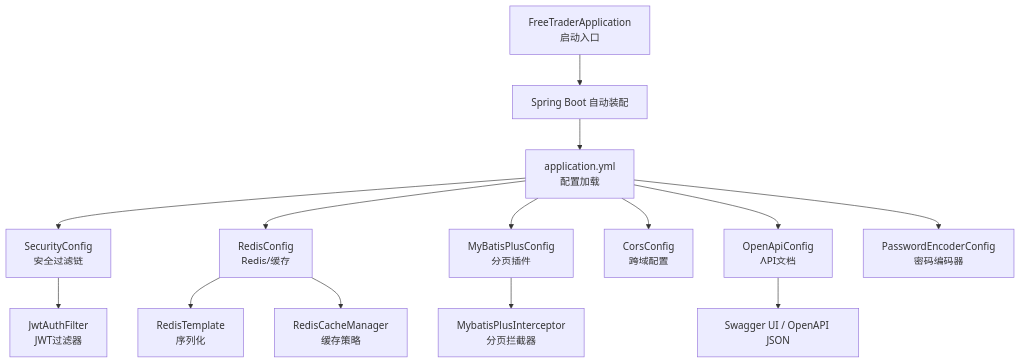
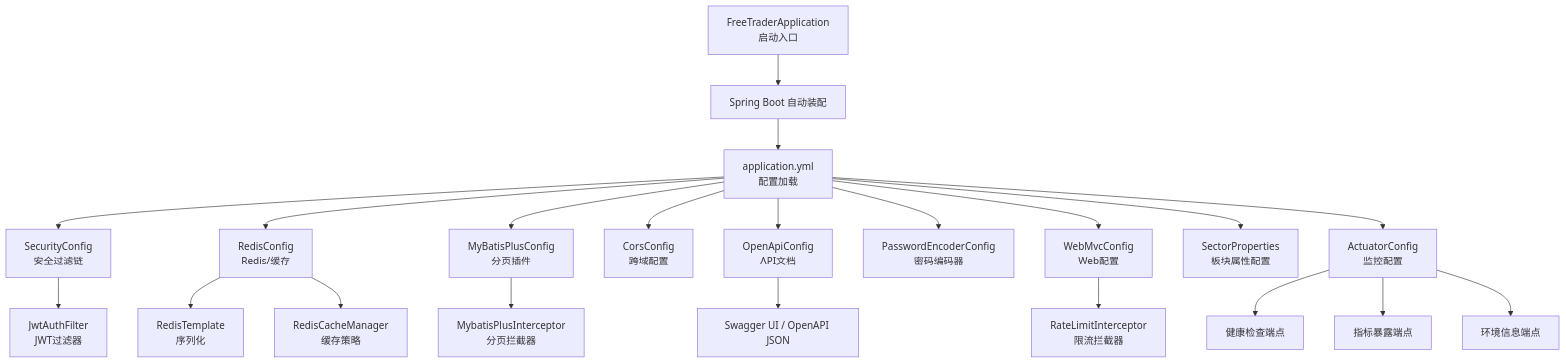
The first of 7 diagrams in .qoder/repowiki/zh/content/后端系统/应用启动与配置.md (PersonNoName/FreeTrader), drawn with Mermaid before and after one commit. The commit also changed other lines of this file and 10 other files, not shown here.

````diff
--- a/.qoder/repowiki/zh/content/后端系统/应用启动与配置.md
+++ b/.qoder/repowiki/zh/content/后端系统/应用启动与配置.md
@@ -47,16 +60,23 @@
 ```mermaid
 graph TB
 A["FreeTraderApplication<br/>启动入口"] --> B["Spring Boot 自动装配"]
 B --> C["application.yml<br/>配置加载"]
 C --> D["SecurityConfig<br/>安全过滤链"]
 C --> E["RedisConfig<br/>Redis/缓存"]
 C --> F["MyBatisPlusConfig<br/>分页插件"]
 C --> G["CorsConfig<br/>跨域配置"]
 C --> H["OpenApiConfig<br/>API文档"]
 C --> I["PasswordEncoderConfig<br/>密码编码器"]
-D --> J["JwtAuthFilter<br/>JWT过滤器"]
-E --> K["RedisTemplate<br/>序列化"]
-E --> L["RedisCacheManager<br/>缓存策略"]
-F --> M["MybatisPlusInterceptor<br/>分页拦截器"]
-H --> N["Swagger UI / OpenAPI JSON"]
+C --> J["WebMvcConfig<br/>Web配置"]
+C --> K["SectorProperties<br/>板块属性配置"]
+C --> L["ActuatorConfig<br/>监控配置"]
+D --> M["JwtAuthFilter<br/>JWT过滤器"]
+E --> N["RedisTemplate<br/>序列化"]
+E --> O["RedisCacheManager<br/>缓存策略"]
+F --> P["MybatisPlusInterceptor<br/>分页拦截器"]
+H --> Q["Swagger UI / OpenAPI JSON"]
+J --> R["RateLimitInterceptor<br/>限流拦截器"]
+L --> S["健康检查端点"]
+L --> T["指标暴露端点"]
+L --> U["环境信息端点"]
 ```
````
